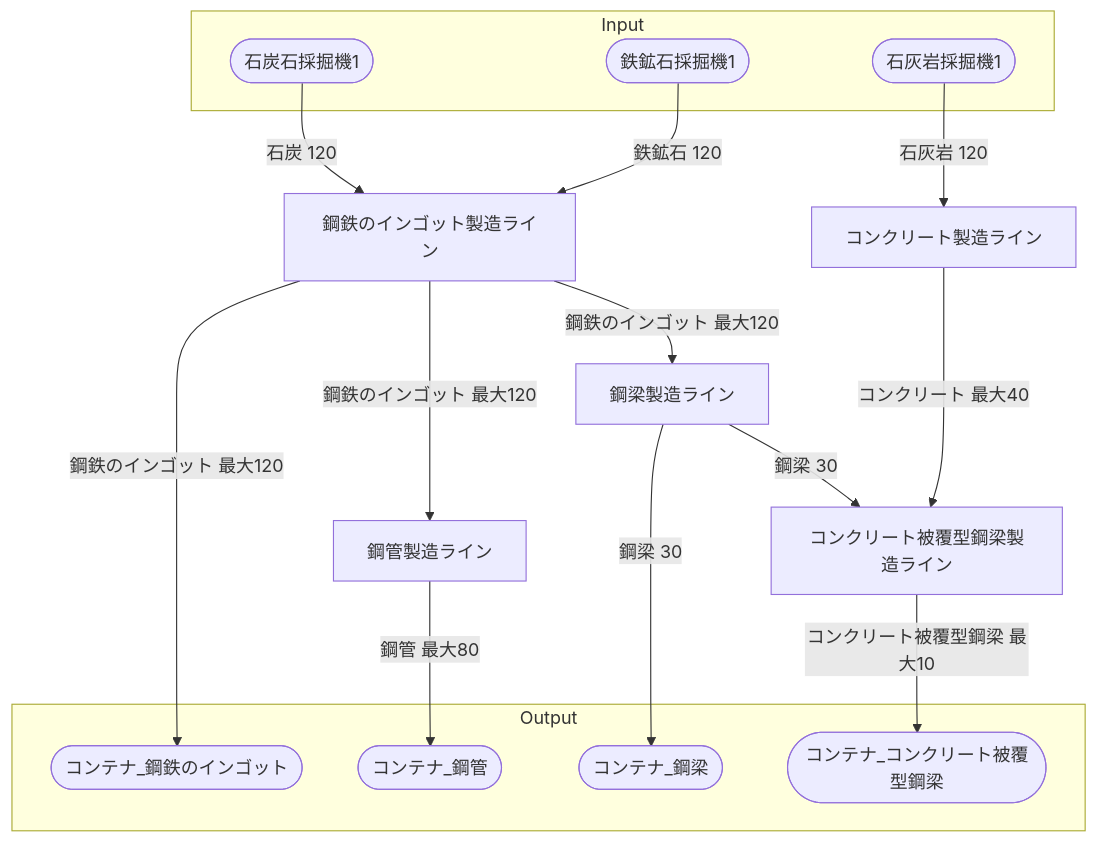
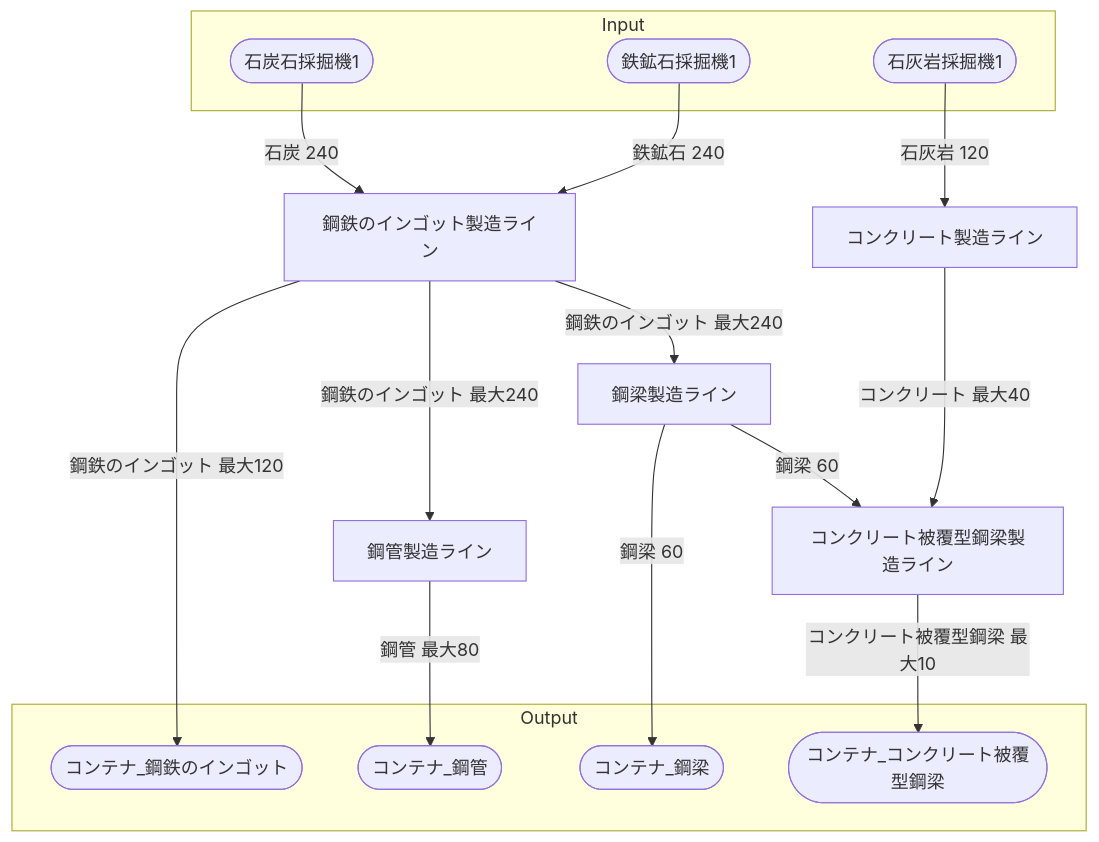
The diagram in 40_FactoryBuilding/鋼鉄工場/30‗全体製造ライン設計書/全体製造ライン設計書.md (Suzuran-Amano/SatisfactoryTaskEfficiency), drawn with Mermaid before and after one commit. The commit also changed other lines of this file and 32 other files, not shown here.

````diff
--- a/40_FactoryBuilding/鋼鉄工場/30‗全体製造ライン設計書/全体製造ライン設計書.md
+++ b/40_FactoryBuilding/鋼鉄工場/30‗全体製造ライン設計書/全体製造ライン設計書.md
@@ -52,39 +52,39 @@
 ```mermaid
 flowchart TD
 
 subgraph Input
     鉄鉱石採掘機1([鉄鉱石採掘機1])
     石炭石採掘機1([石炭石採掘機1])
     石灰岩採掘機1([石灰岩採掘機1])
 end
 
 鋼鉄のインゴット製造ライン[鋼鉄のインゴット製造ライン]
 鋼管製造ライン[鋼管製造ライン]
 鋼梁製造ライン[鋼梁製造ライン]
 コンクリート製造ライン[コンクリート製造ライン]
 コンクリート被覆型鋼梁製造ライン[コンクリート被覆型鋼梁製造ライン]
 
 subgraph Output
     コンテナ_鋼鉄のインゴット([コンテナ_鋼鉄のインゴット])
     コンテナ_鋼管([コンテナ_鋼管])
     コンテナ_鋼梁([コンテナ_鋼梁])
     コンテナ_コンクリート被覆型鋼梁([コンテナ_コンクリート被覆型鋼梁])
 end
 
 
-鉄鉱石採掘機1-->|鉄鉱石 120|鋼鉄のインゴット製造ライン
-石炭石採掘機1-->|石炭 120|鋼鉄のインゴット製造ライン
+鉄鉱石採掘機1-->|鉄鉱石 240|鋼鉄のインゴット製造ライン
+石炭石採掘機1-->|石炭 240|鋼鉄のインゴット製造ライン
 石灰岩採掘機1-->|石灰岩 120|コンクリート製造ライン
 
-鋼鉄のインゴット製造ライン-->|鋼鉄のインゴット 最大120|鋼管製造ライン
-鋼鉄のインゴット製造ライン-->|鋼鉄のインゴット 最大120|鋼梁製造ライン
+鋼鉄のインゴット製造ライン-->|鋼鉄のインゴット 最大240|鋼管製造ライン
+鋼鉄のインゴット製造ライン-->|鋼鉄のインゴット 最大240|鋼梁製造ライン
 コンクリート製造ライン-->|コンクリート 最大40|コンクリート被覆型鋼梁製造ライン
-鋼梁製造ライン-->|鋼梁 30|コンクリート被覆型鋼梁製造ライン
+鋼梁製造ライン-->|鋼梁 60|コンクリート被覆型鋼梁製造ライン
 
 鋼鉄のインゴット製造ライン-->|鋼鉄のインゴット 最大120|コンテナ_鋼鉄のインゴット
 鋼管製造ライン-->|鋼管 最大80|コンテナ_鋼管
-鋼梁製造ライン-->|鋼梁 30|コンテナ_鋼梁
+鋼梁製造ライン-->|鋼梁 60|コンテナ_鋼梁
 コンクリート被覆型鋼梁製造ライン-->|コンクリート被覆型鋼梁 最大10|コンテナ_コンクリート被覆型鋼梁
 
 
 ```
````
